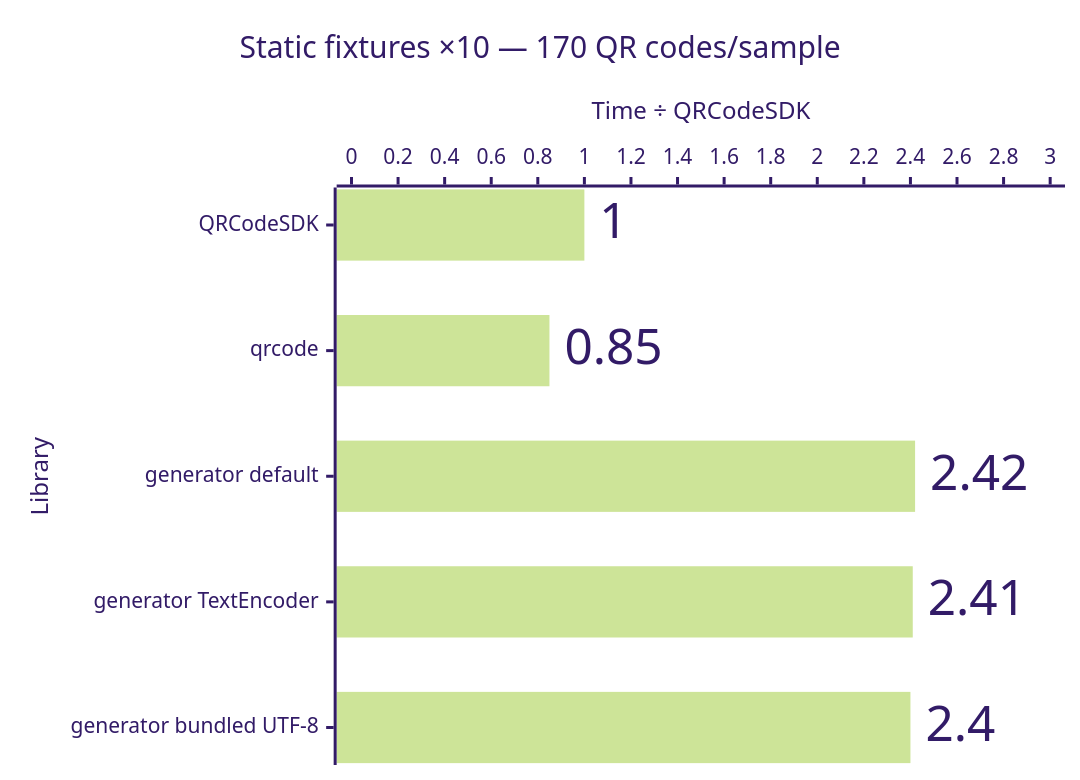
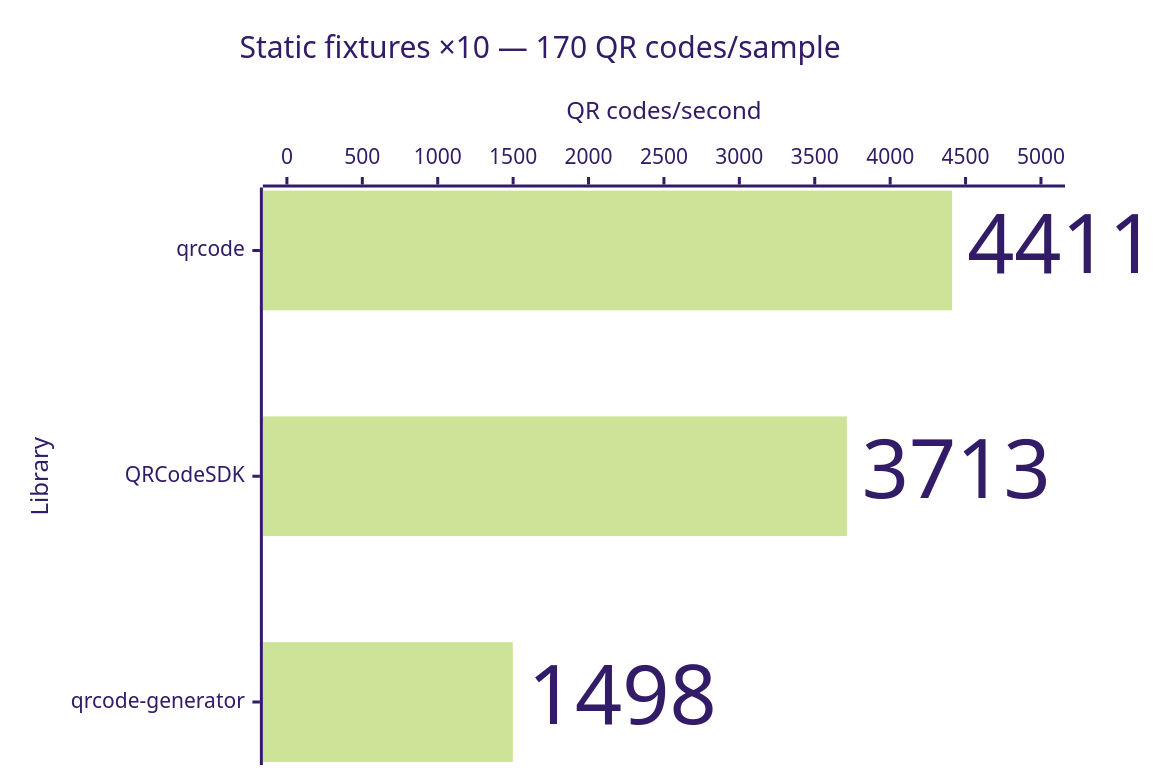
Before and after one commit to Dafnik/qrcodesdk: the ninth of 14 diagrams in apps/docs/src/content/docs/learn/performance.md, drawn with Mermaid (forest theme). The commit also changed other lines of this file and 21 other files, not shown here.

````diff
--- a/apps/docs/src/content/docs/learn/performance.md
+++ b/apps/docs/src/content/docs/learn/performance.md
@@ -209,15 +198,15 @@
 ```mermaid
 ---
 config:
   xyChart:
     showDataLabel: true
     showDataLabelOutsideBar: true
 ---
 xychart horizontal
   accTitle: SVG generation: Static fixtures ×10 — 170 QR codes/sample
-  accDescr: Relative median time compared with QRCodeSDK. QRCodeSDK 1.00 times, qrcode 0.85 times, generator default 2.42 times, generator TextEncoder 2.41 times, generator bundled UTF-8 2.40 times. Lower is better.
+  accDescr: Throughput calculated from median time. qrcode 4,411 QR codes per second, QRCodeSDK 3,713 QR codes per second, qrcode-generator 1,498 QR codes per second. Higher is better.
   title "Static fixtures ×10 — 170 QR codes/sample"
-  x-axis "Library" ["QRCodeSDK", "qrcode", "generator default", "generator TextEncoder", "generator bundled UTF-8"]
-  y-axis "Time ÷ QRCodeSDK" 0 --> 3.0
-  bar [1.00, 0.85, 2.42, 2.41, 2.40]
+  x-axis "Library" ["qrcode", "QRCodeSDK", "qrcode-generator"]
+  y-axis "QR codes/second" 0 --> 5000
+  bar [4411, 3713, 1498]
 ```
````
